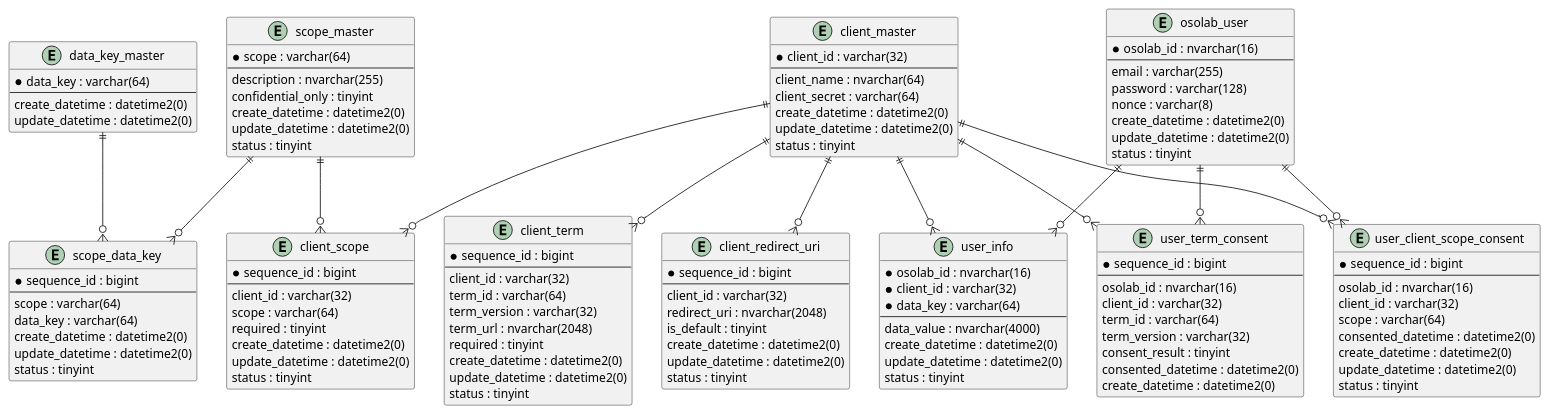
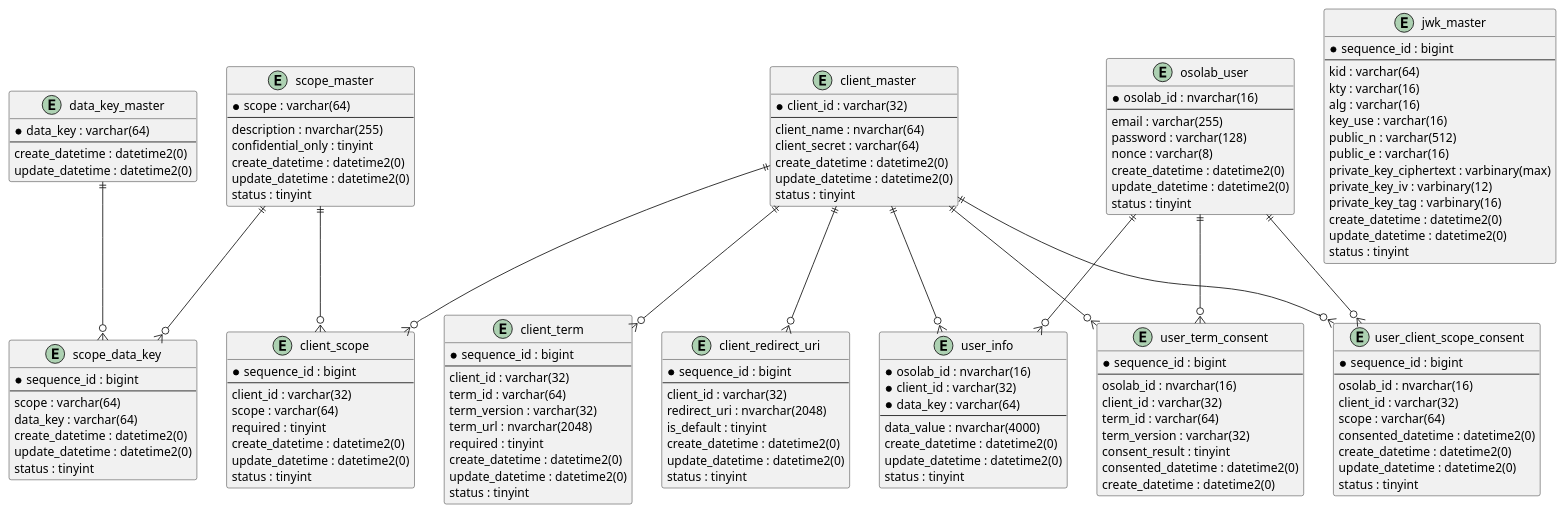
One commit to OsolabAuth/AuthDoc changed the diagram in Data/RDB_Summary.md. Above: the diagram before and after it, drawn with PlantUML. The commit also changed other lines of this file and 18 other files, not shown here.

```diff
--- a/Data/RDB_Summary.md
+++ b/Data/RDB_Summary.md
@@ -107,6 +109,23 @@
   --
   scope : varchar(64)
   data_key : varchar(64)
+  create_datetime : datetime2(0)
+  update_datetime : datetime2(0)
+  status : tinyint
+}
+
+entity "jwk_master" as jwk_master {
+  *sequence_id : bigint
+  --
+  kid : varchar(64)
+  kty : varchar(16)
+  alg : varchar(16)
+  key_use : varchar(16)
+  public_n : varchar(512)
+  public_e : varchar(16)
+  private_key_ciphertext : varbinary(max)
+  private_key_iv : varbinary(12)
+  private_key_tag : varbinary(16)
   create_datetime : datetime2(0)
   update_datetime : datetime2(0)
   status : tinyint
```
